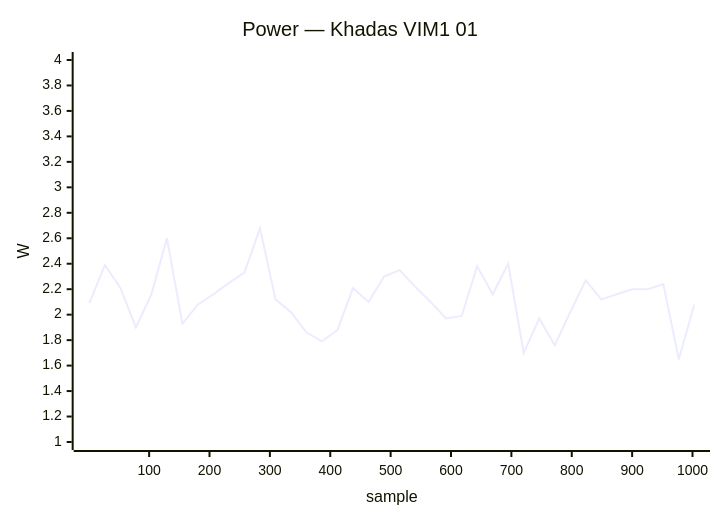
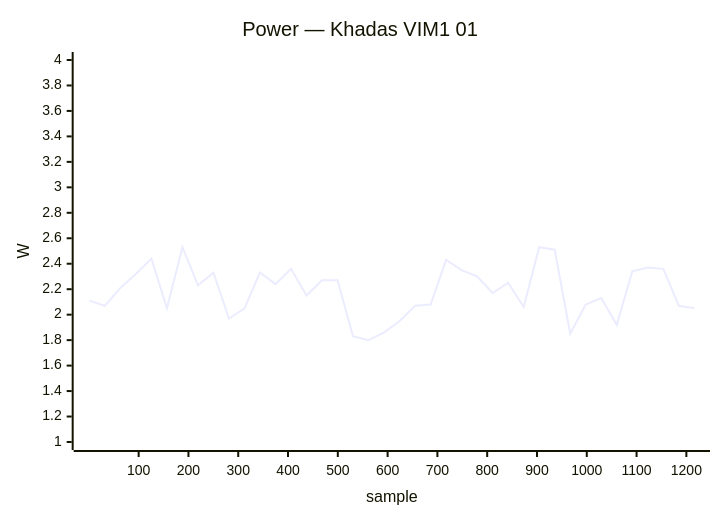
Before and after one commit to armbian/documentation: diagram 16 of 40 in docs/status/board-tests.md, drawn with Mermaid. The commit also changed other lines of this file, not shown here.

````diff
--- a/docs/status/board-tests.md
+++ b/docs/status/board-tests.md
@@ -720,7 +749,7 @@
 ```mermaid
 xychart-beta
     title "Power — Khadas VIM1 01"
-    x-axis "sample" 1 --> 1003
+    x-axis "sample" 1 --> 1216
     y-axis "W" 1.0 --> 4.0
-    line [2.09, 2.39, 2.21, 1.90, 2.16, 2.60, 1.93, 2.08, 2.16, 2.25, 2.33, 2.68, 2.12, 2.02, 1.86, 1.79, 1.88, 2.21, 2.10, 2.30, 2.35, 2.22, 2.10, 1.97, 1.99, 2.38, 2.16, 2.40, 1.70, 1.97, 1.76, 2.02, 2.27, 2.12, 2.16, 2.20, 2.20, 2.24, 1.65, 2.08]
+    line [2.11, 2.07, 2.21, 2.32, 2.44, 2.05, 2.53, 2.23, 2.33, 1.97, 2.05, 2.33, 2.24, 2.36, 2.15, 2.27, 2.27, 1.83, 1.80, 1.86, 1.95, 2.07, 2.08, 2.43, 2.35, 2.30, 2.17, 2.25, 2.06, 2.53, 2.51, 1.85, 2.08, 2.13, 1.92, 2.34, 2.37, 2.36, 2.07, 2.05]
 ```
````
